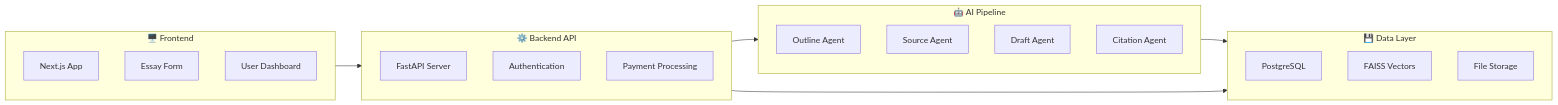
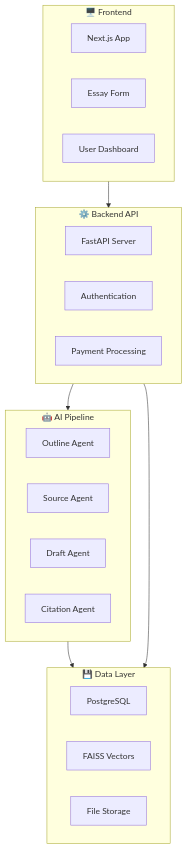
One commit to blakeatech/essay-writer-ai changed the first of 3 diagrams in README.md. Above: the diagram before and after it, drawn with Mermaid. The commit also changed other lines of this file, not shown here.

````diff
--- a/README.md
+++ b/README.md
@@ -19,32 +19,32 @@
 ```mermaid
-graph LR
+graph TD
     subgraph Frontend["🖥️ Frontend"]
         A[Next.js App]
         B[Essay Form]
         C[User Dashboard]
     end
     
     subgraph Backend["⚙️ Backend API"]
         D[FastAPI Server]
         E[Authentication]
         F[Payment Processing]
     end
     
     subgraph AI["🤖 AI Pipeline"]
         G[Outline Agent]
         H[Source Agent]
         I[Draft Agent]
         J[Citation Agent]
     end
     
     subgraph Data["💾 Data Layer"]
         K[PostgreSQL]
         L[FAISS Vectors]
         M[File Storage]
     end
     
     Frontend --> Backend
     Backend --> AI
     AI --> Data
     Backend --> Data
 ```
````
